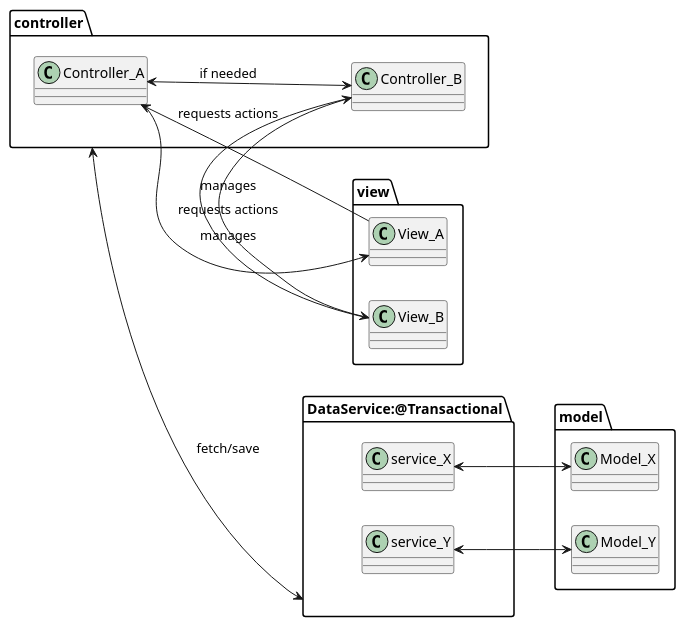
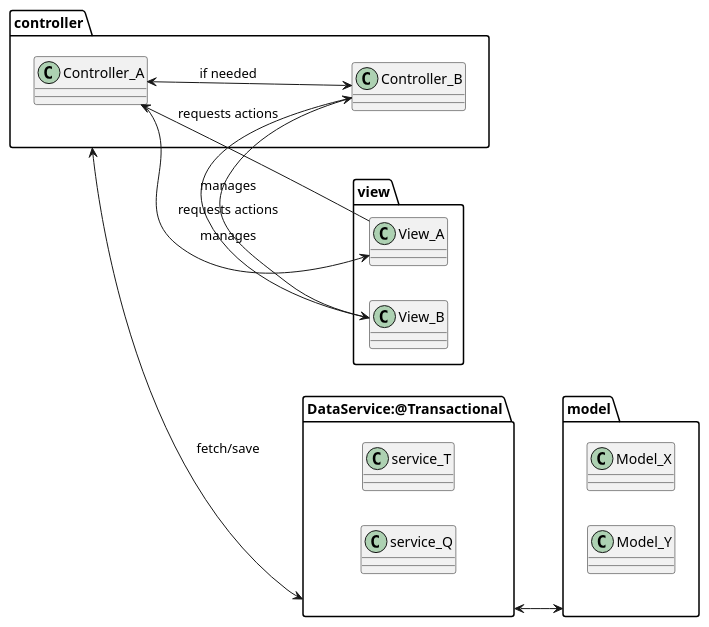
One commit to AxoKoi/BandurriaJ changed the diagram in doc/design/Entities/MVC.puml. Above: the diagram before and after it, drawn with PlantUML. The commit also changed 3 other files, not shown here.

```diff
--- a/doc/design/Entities/MVC.puml
+++ b/doc/design/Entities/MVC.puml
@@ -1,31 +1,32 @@
 @startuml
 
 left to right direction
 package view{
 class View_A {}
 class View_B  {}
 }
 
 package model{
 class Model_X{}
 class Model_Y{}
 }
 package controller {
 class Controller_A{}
 class Controller_B{}
 }
 
 package DataService:@Transactional as service {
-class service_X
-class service_Y
+class service_T
+class service_Q
 }
+
 Controller_A<-->Controller_B: "if needed"
 Controller_A-->View_A : manages
 Controller_B-->View_B : manages
 View_A-->Controller_A: requests actions
 View_B-->Controller_B: requests actions
 
 controller<-->service: fetch/save
-service_X <--> Model_X
-service_Y <--> Model_Y
+service<-->model
+
 @enduml
```
